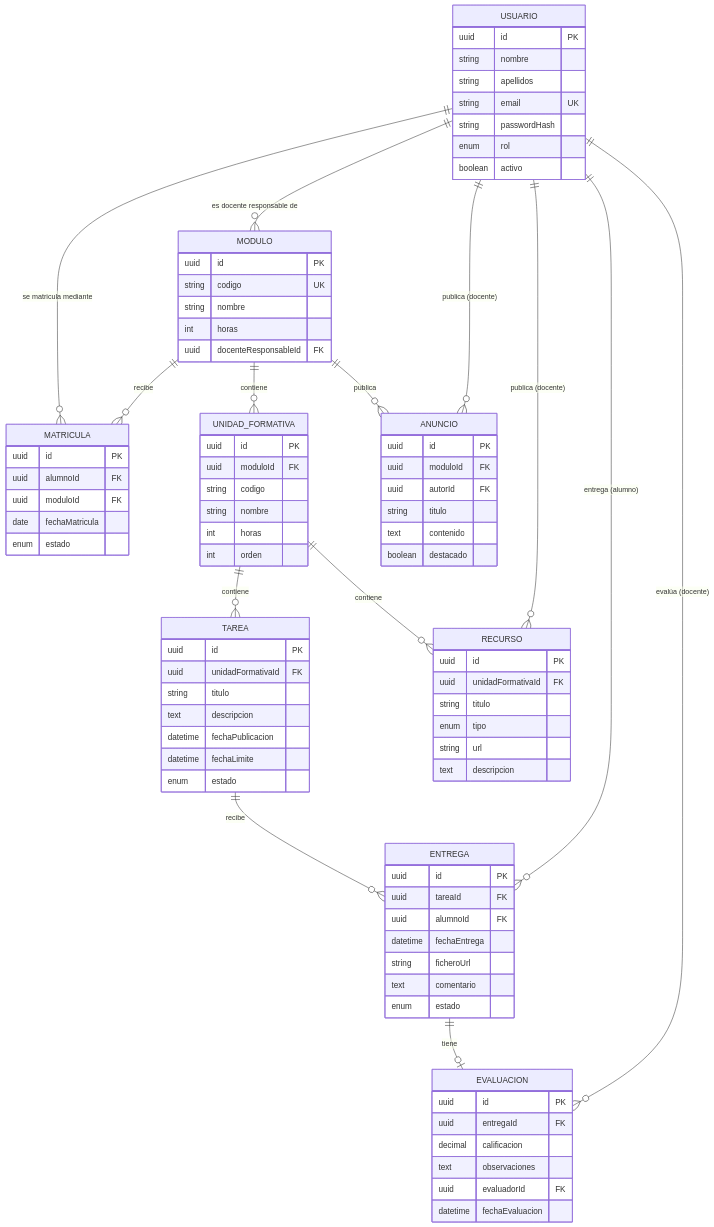
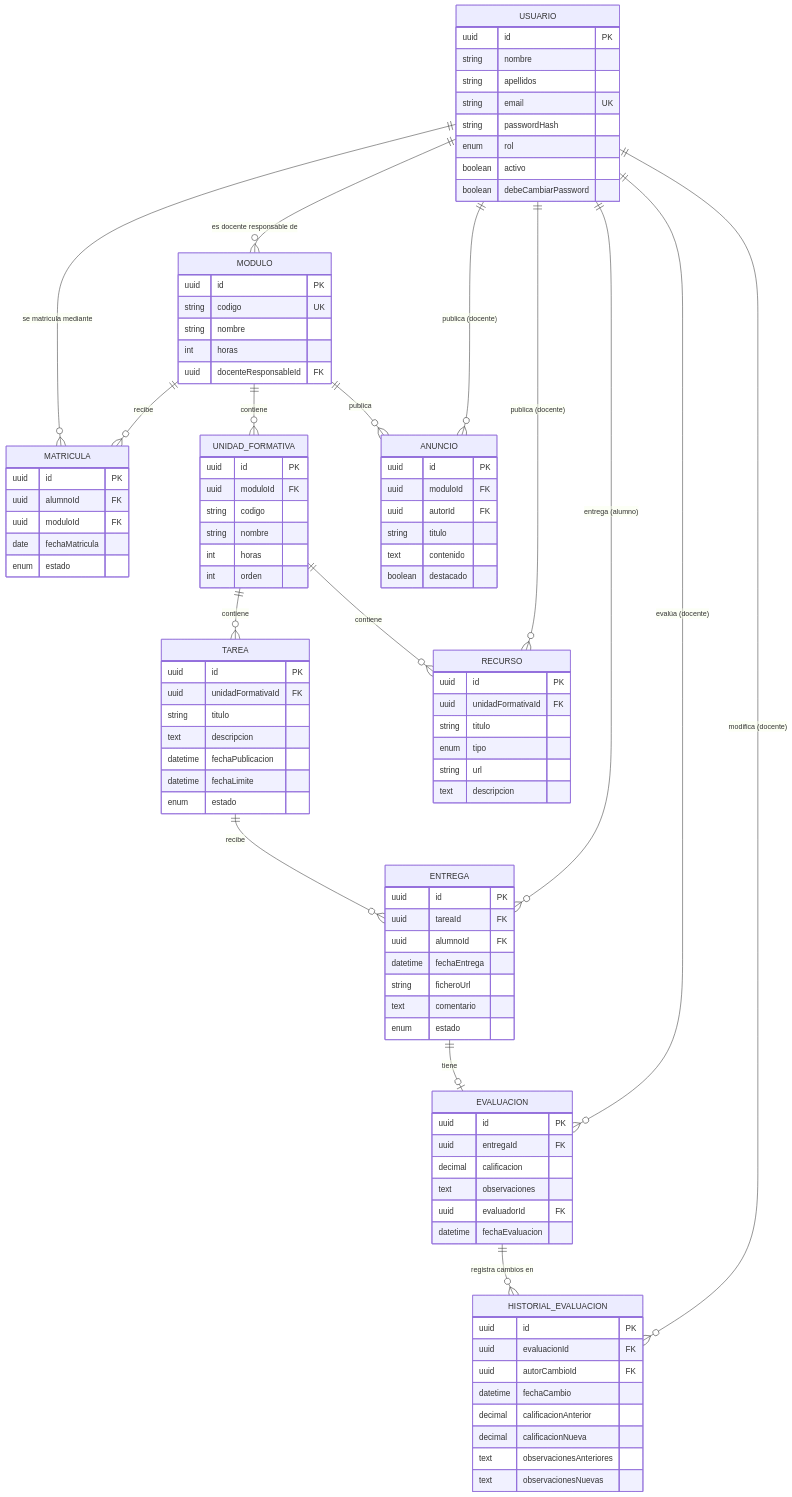
Before and after one commit to mmbalbas1132/IFD0120: the first of 2 diagrams in specs/000-funcional/spec.md, drawn with Mermaid. The commit also changed other lines of this file, not shown here.

First line of the commit message:
docs(spec): clarificar adjuntos, reentregas, historial de notas y contraseñas

```diff
--- a/specs/000-funcional/spec.md
+++ b/specs/000-funcional/spec.md
@@ -347,6 +384,8 @@
     TAREA ||--o{ ENTREGA : recibe
     USUARIO ||--o{ ENTREGA : "entrega (alumno)"
     ENTREGA ||--o| EVALUACION : tiene
+    EVALUACION ||--o{ HISTORIAL_EVALUACION : "registra cambios en"
+    USUARIO ||--o{ HISTORIAL_EVALUACION : "modifica (docente)"
     USUARIO ||--o{ EVALUACION : "evalúa (docente)"
     USUARIO ||--o{ ANUNCIO : "publica (docente)"
     USUARIO ||--o{ RECURSO : "publica (docente)"
@@ -359,6 +398,7 @@
         string passwordHash
         enum rol
         boolean activo
+        boolean debeCambiarPassword
     }
     MODULO {
         uuid id PK
@@ -408,6 +448,16 @@
         uuid evaluadorId FK
         datetime fechaEvaluacion
     }
+    HISTORIAL_EVALUACION {
+        uuid id PK
+        uuid evaluacionId FK
+        uuid autorCambioId FK
+        datetime fechaCambio
+        decimal calificacionAnterior
+        decimal calificacionNueva
+        text observacionesAnteriores
+        text observacionesNuevas
+    }
     RECURSO {
         uuid id PK
         uuid unidadFormativaId FK
```
